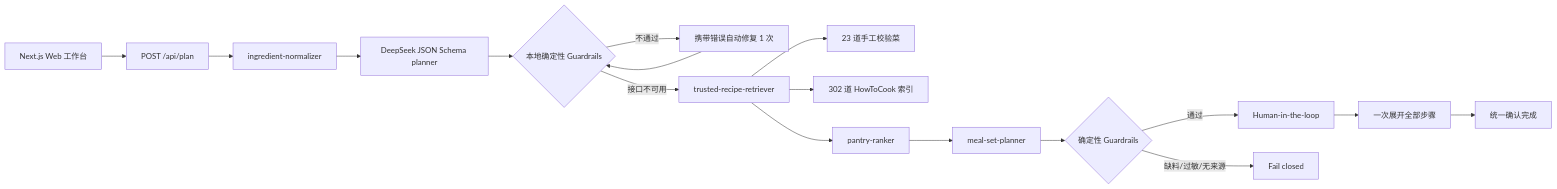
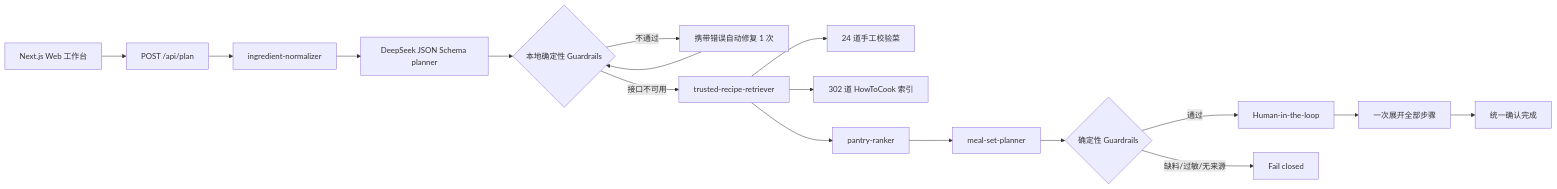
Before and after one commit to HYP190524/daily_cooking: the diagram in README.md, drawn with Mermaid. The commit also changed other lines of this file and 4 other files, not shown here.

````diff
--- a/README.md
+++ b/README.md
@@ -17,19 +17,19 @@
 ```mermaid
 flowchart LR
   UI[Next.js Web 工作台] --> API[POST /api/plan]
   API --> Normalize[ingredient-normalizer]
   Normalize --> LLM[DeepSeek JSON Schema planner]
   LLM --> Validate{本地确定性 Guardrails}
   Validate -->|不通过| Repair[携带错误自动修复 1 次]
   Repair --> Validate
   Validate -->|接口不可用| Retrieve[trusted-recipe-retriever]
-  Retrieve --> Gold[23 道手工校验菜]
+  Retrieve --> Gold[24 道手工校验菜]
   Retrieve --> HTC[302 道 HowToCook 索引]
   Retrieve --> Rank[pantry-ranker]
   Rank --> Meal[meal-set-planner]
   Meal --> Guard{确定性 Guardrails}
   Guard -->|通过| Approval[Human-in-the-loop]
   Guard -->|缺料/过敏/无来源| Stop[Fail closed]
   Approval --> Cook[一次展开全部步骤]
   Cook --> Done[统一确认完成]
 ```
````
